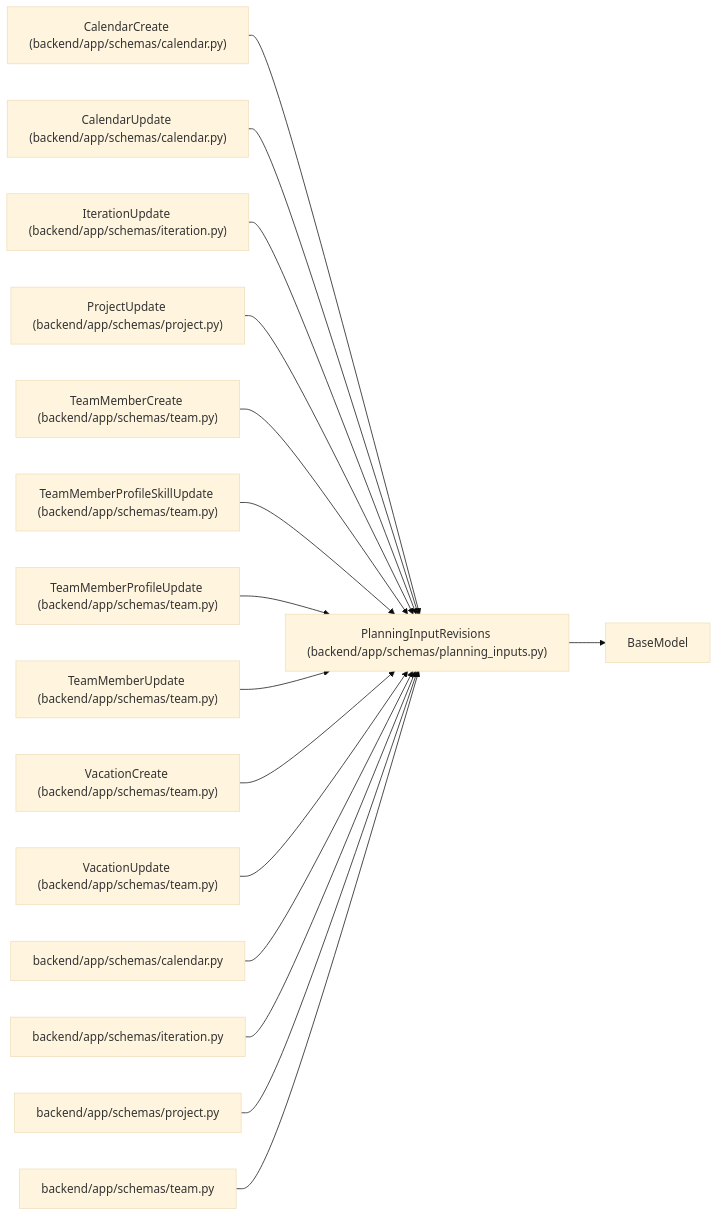
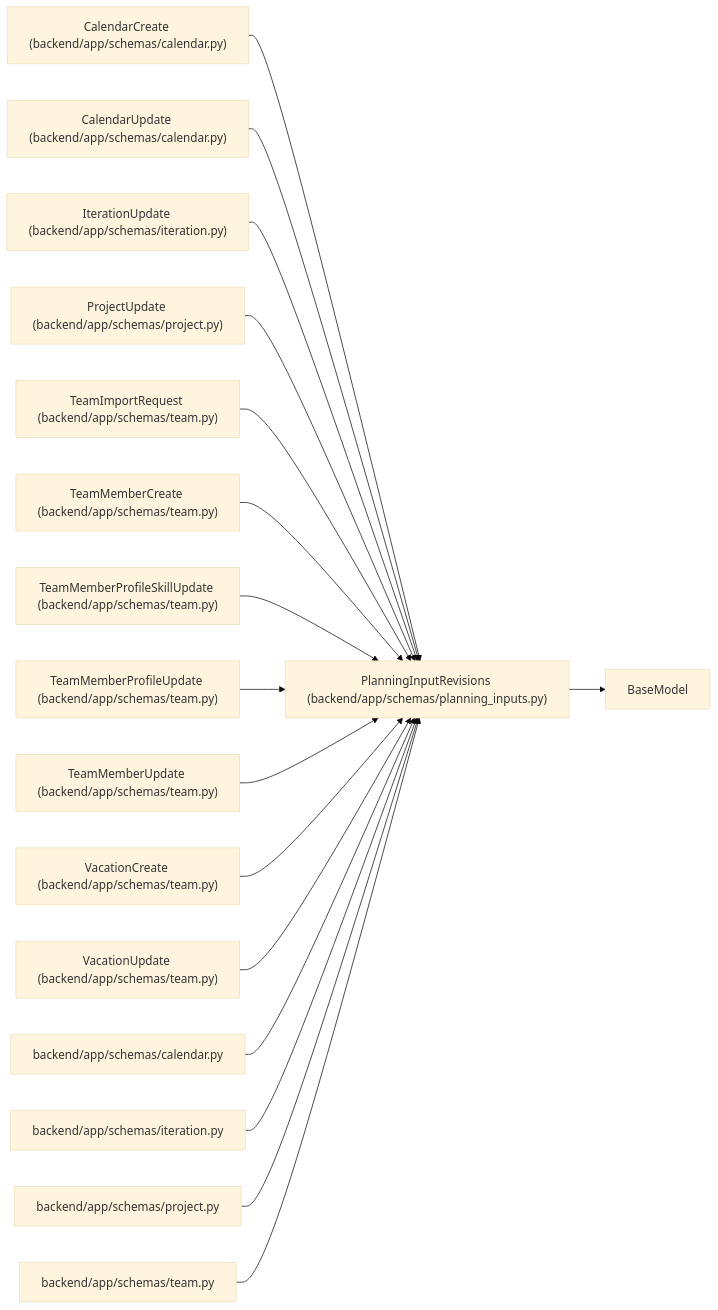
One commit to Denissvgn/WorkChord changed the diagram in docs/llm_wiki/entities/PlanningInputRevisions.md. Above: the diagram before and after it, drawn with Mermaid (base theme). The commit also changed other lines of this file and 6624 other files, not shown here.

````diff
--- a/docs/llm_wiki/entities/PlanningInputRevisions.md
+++ b/docs/llm_wiki/entities/PlanningInputRevisions.md
@@ -25,49 +25,52 @@
 ```mermaid
 flowchart LR
     n0["PlanningInputRevisions (backend/app/schemas/planning_inputs.py)"]
     n1["BaseModel"]
     n2["CalendarCreate (backend/app/schemas/calendar.py)"]
     n3["CalendarUpdate (backend/app/schemas/calendar.py)"]
     n4["IterationUpdate (backend/app/schemas/iteration.py)"]
     n5["ProjectUpdate (backend/app/schemas/project.py)"]
-    n6["TeamMemberCreate (backend/app/schemas/team.py)"]
-    n7["TeamMemberProfileSkillUpdate (backend/app/schemas/team.py)"]
-    n8["TeamMemberProfileUpdate (backend/app/schemas/team.py)"]
-    n9["TeamMemberUpdate (backend/app/schemas/team.py)"]
-    n10["VacationCreate (backend/app/schemas/team.py)"]
-    n11["VacationUpdate (backend/app/schemas/team.py)"]
-    n12["backend/app/schemas/calendar.py"]
-    n13["backend/app/schemas/iteration.py"]
-    n14["backend/app/schemas/project.py"]
-    n15["backend/app/schemas/team.py"]
+    n6["TeamImportRequest (backend/app/schemas/team.py)"]
+    n7["TeamMemberCreate (backend/app/schemas/team.py)"]
+    n8["TeamMemberProfileSkillUpdate (backend/app/schemas/team.py)"]
+    n9["TeamMemberProfileUpdate (backend/app/schemas/team.py)"]
+    n10["TeamMemberUpdate (backend/app/schemas/team.py)"]
+    n11["VacationCreate (backend/app/schemas/team.py)"]
+    n12["VacationUpdate (backend/app/schemas/team.py)"]
+    n13["backend/app/schemas/calendar.py"]
+    n14["backend/app/schemas/iteration.py"]
+    n15["backend/app/schemas/project.py"]
+    n16["backend/app/schemas/team.py"]
     n0 --> n1
     n2 --> n0
     n3 --> n0
     n4 --> n0
     n5 --> n0
     n6 --> n0
     n7 --> n0
     n8 --> n0
     n9 --> n0
     n10 --> n0
     n11 --> n0
     n12 --> n0
     n13 --> n0
     n14 --> n0
     n15 --> n0
+    n16 --> n0
     click n0 "../modules/planning_inputs.md"
     click n2 "../modules/schemas_calendar.md"
     click n3 "../modules/schemas_calendar.md"
     click n4 "../modules/schemas_iteration.md"
     click n5 "../modules/schemas_project.md"
     click n6 "../modules/schemas_team.md"
     click n7 "../modules/schemas_team.md"
     click n8 "../modules/schemas_team.md"
     click n9 "../modules/schemas_team.md"
     click n10 "../modules/schemas_team.md"
     click n11 "../modules/schemas_team.md"
-    click n12 "../modules/schemas_calendar.md"
-    click n13 "../modules/schemas_iteration.md"
-    click n14 "../modules/schemas_project.md"
-    click n15 "../modules/schemas_team.md"
+    click n12 "../modules/schemas_team.md"
+    click n13 "../modules/schemas_calendar.md"
+    click n14 "../modules/schemas_iteration.md"
+    click n15 "../modules/schemas_project.md"
+    click n16 "../modules/schemas_team.md"
 ```
````
